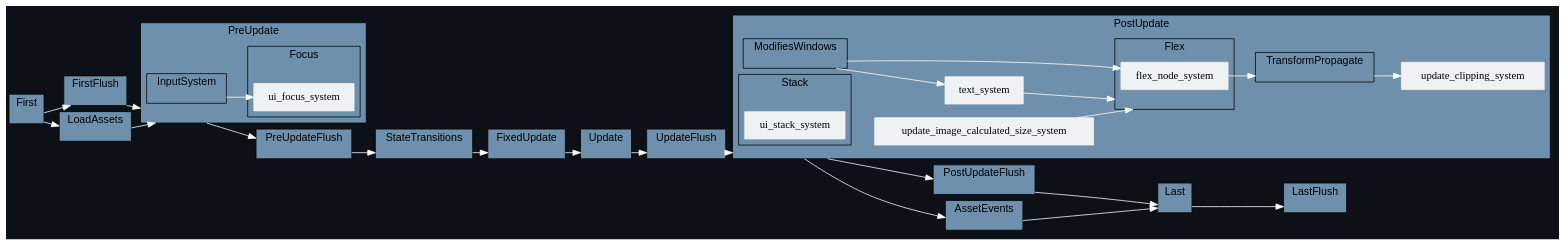
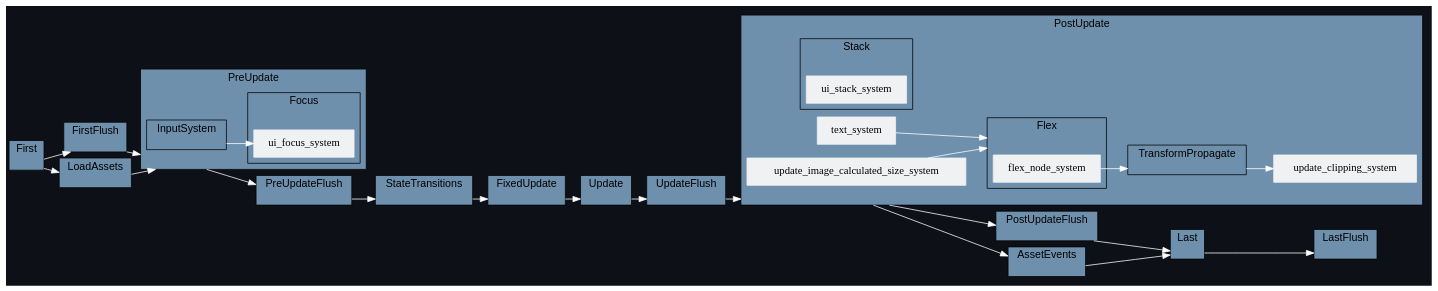
Before and after one commit to jakobhellermann/bevy_mod_debugdump: the diagram in docs/by-crate/dark/schedule_Main_bevy_ui.dot, drawn with Graphviz. The commit also changed 35 other files, not shown here.

```diff
--- a/docs/by-crate/dark/schedule_Main_bevy_ui.dot
+++ b/docs/by-crate/dark/schedule_Main_bevy_ui.dot
@@ -1,157 +1,149 @@
 digraph "schedule" {
 	"compound"="true";
 	"splines"="spline";
 	"rankdir"="LR";
 	"bgcolor"="#0d1117";
 	"fontname"="Helvetica";
 	node ["shape"="box", "style"="filled", "fillcolor"="#eff1f3", "color"="#eff1f3"];
 	edge ["color"="white"];
 	subgraph "clusternode_Set(0)" {
 		"label"="Update";
 		"bgcolor"="#6f90ad";
 		"set_marker_node_Set(0)" ["style"="invis", "label"="", "height"="0", "shape"="point"]
 	}
 	
 	subgraph "clusternode_Set(2)" {
 		"label"="FirstFlush";
 		"bgcolor"="#6f90ad";
 		"set_marker_node_Set(2)" ["style"="invis", "label"="", "height"="0", "shape"="point"]
 	}
 	
 	subgraph "clusternode_Set(3)" {
 		"label"="PreUpdateFlush";
 		"bgcolor"="#6f90ad";
 		"set_marker_node_Set(3)" ["style"="invis", "label"="", "height"="0", "shape"="point"]
 	}
 	
 	subgraph "clusternode_Set(4)" {
 		"label"="UpdateFlush";
 		"bgcolor"="#6f90ad";
 		"set_marker_node_Set(4)" ["style"="invis", "label"="", "height"="0", "shape"="point"]
 	}
 	
 	subgraph "clusternode_Set(5)" {
 		"label"="PostUpdateFlush";
 		"bgcolor"="#6f90ad";
 		"set_marker_node_Set(5)" ["style"="invis", "label"="", "height"="0", "shape"="point"]
 	}
 	
 	subgraph "clusternode_Set(6)" {
 		"label"="LastFlush";
 		"bgcolor"="#6f90ad";
 		"set_marker_node_Set(6)" ["style"="invis", "label"="", "height"="0", "shape"="point"]
 	}
 	
 	subgraph "clusternode_Set(7)" {
 		"label"="First";
 		"bgcolor"="#6f90ad";
 		"set_marker_node_Set(7)" ["style"="invis", "label"="", "height"="0", "shape"="point"]
 	}
 	
 	subgraph "clusternode_Set(8)" {
 		"label"="PreUpdate";
 		"bgcolor"="#6f90ad";
 		"set_marker_node_Set(8)" ["style"="invis", "label"="", "height"="0", "shape"="point"]
 		subgraph "clusternode_Set(24)" {
 			"label"="InputSystem";
 			"bgcolor"="#6f90ad";
 			"set_marker_node_Set(24)" ["style"="invis", "label"="", "height"="0", "shape"="point"]
 		}
 		
-		subgraph "clusternode_Set(116)" {
+		subgraph "clusternode_Set(115)" {
 			"label"="Focus";
 			"bgcolor"="#6f90ad";
-			"set_marker_node_Set(116)" ["style"="invis", "label"="", "height"="0", "shape"="point"]
+			"set_marker_node_Set(115)" ["style"="invis", "label"="", "height"="0", "shape"="point"]
 			"node_System(95)" ["label"="ui_focus_system"]
 		}
 		
 	}
 	
 	subgraph "clusternode_Set(9)" {
 		"label"="StateTransitions";
 		"bgcolor"="#6f90ad";
 		"set_marker_node_Set(9)" ["style"="invis", "label"="", "height"="0", "shape"="point"]
 	}
 	
 	subgraph "clusternode_Set(10)" {
 		"label"="FixedUpdate";
 		"bgcolor"="#6f90ad";
 		"set_marker_node_Set(10)" ["style"="invis", "label"="", "height"="0", "shape"="point"]
 	}
 	
 	subgraph "clusternode_Set(11)" {
 		"label"="PostUpdate";
 		"bgcolor"="#6f90ad";
 		"set_marker_node_Set(11)" ["style"="invis", "label"="", "height"="0", "shape"="point"]
 		subgraph "clusternode_Set(20)" {
 			"label"="TransformPropagate";
 			"bgcolor"="#6f90ad";
 			"set_marker_node_Set(20)" ["style"="invis", "label"="", "height"="0", "shape"="point"]
 		}
 		
-		subgraph "clusternode_Set(70)" {
-			"label"="ModifiesWindows";
+		subgraph "clusternode_Set(116)" {
+			"label"="Flex";
 			"bgcolor"="#6f90ad";
-			"set_marker_node_Set(70)" ["style"="invis", "label"="", "height"="0", "shape"="point"]
+			"set_marker_node_Set(116)" ["style"="invis", "label"="", "height"="0", "shape"="point"]
+			"node_System(98)" ["label"="flex_node_system"]
 		}
 		
 		subgraph "clusternode_Set(117)" {
-			"label"="Flex";
+			"label"="Stack";
 			"bgcolor"="#6f90ad";
 			"set_marker_node_Set(117)" ["style"="invis", "label"="", "height"="0", "shape"="point"]
-			"node_System(98)" ["label"="flex_node_system"]
-		}
-		
-		subgraph "clusternode_Set(118)" {
-			"label"="Stack";
-			"bgcolor"="#6f90ad";
-			"set_marker_node_Set(118)" ["style"="invis", "label"="", "height"="0", "shape"="point"]
 			"node_System(99)" ["label"="ui_stack_system"]
 		}
 		
 		"node_System(96)" ["label"="text_system"]
 		"node_System(97)" ["label"="update_image_calculated_size_system"]
 		"node_System(100)" ["label"="update_clipping_system"]
 	}
 	
 	subgraph "clusternode_Set(12)" {
 		"label"="Last";
 		"bgcolor"="#6f90ad";
 		"set_marker_node_Set(12)" ["style"="invis", "label"="", "height"="0", "shape"="point"]
 	}
 	
 	subgraph "clusternode_Set(58)" {
 		"label"="LoadAssets";
 		"bgcolor"="#6f90ad";
 		"set_marker_node_Set(58)" ["style"="invis", "label"="", "height"="0", "shape"="point"]
 	}
 	
 	subgraph "clusternode_Set(59)" {
 		"label"="AssetEvents";
 		"bgcolor"="#6f90ad";
 		"set_marker_node_Set(59)" ["style"="invis", "label"="", "height"="0", "shape"="point"]
 	}
 	
 	"set_marker_node_Set(7)" -> "set_marker_node_Set(2)" ["lhead"="clusternode_Set(2)", "ltail"="clusternode_Set(7)"]
 	"set_marker_node_Set(2)" -> "set_marker_node_Set(8)" ["lhead"="clusternode_Set(8)", "ltail"="clusternode_Set(2)"]
 	"set_marker_node_Set(8)" -> "set_marker_node_Set(3)" ["lhead"="clusternode_Set(3)", "ltail"="clusternode_Set(8)"]
 	"set_marker_node_Set(3)" -> "set_marker_node_Set(9)" ["lhead"="clusternode_Set(9)", "ltail"="clusternode_Set(3)"]
 	"set_marker_node_Set(9)" -> "set_marker_node_Set(10)" ["lhead"="clusternode_Set(10)", "ltail"="clusternode_Set(9)"]
 	"set_marker_node_Set(10)" -> "set_marker_node_Set(0)" ["lhead"="clusternode_Set(0)", "ltail"="clusternode_Set(10)"]
 	"set_marker_node_Set(0)" -> "set_marker_node_Set(4)" ["lhead"="clusternode_Set(4)", "ltail"="clusternode_Set(0)"]
 	"set_marker_node_Set(4)" -> "set_marker_node_Set(11)" ["lhead"="clusternode_Set(11)", "ltail"="clusternode_Set(4)"]
 	"set_marker_node_Set(11)" -> "set_marker_node_Set(5)" ["lhead"="clusternode_Set(5)", "ltail"="clusternode_Set(11)"]
 	"set_marker_node_Set(5)" -> "set_marker_node_Set(12)" ["lhead"="clusternode_Set(12)", "ltail"="clusternode_Set(5)"]
 	"set_marker_node_Set(12)" -> "set_marker_node_Set(6)" ["lhead"="clusternode_Set(6)", "ltail"="clusternode_Set(12)"]
 	"set_marker_node_Set(58)" -> "set_marker_node_Set(8)" ["lhead"="clusternode_Set(8)", "ltail"="clusternode_Set(58)"]
 	"set_marker_node_Set(7)" -> "set_marker_node_Set(58)" ["lhead"="clusternode_Set(58)", "ltail"="clusternode_Set(7)"]
 	"set_marker_node_Set(11)" -> "set_marker_node_Set(59)" ["lhead"="clusternode_Set(59)", "ltail"="clusternode_Set(11)"]
 	"set_marker_node_Set(59)" -> "set_marker_node_Set(12)" ["lhead"="clusternode_Set(12)", "ltail"="clusternode_Set(59)"]
 	"set_marker_node_Set(24)" -> "node_System(95)" ["lhead"="", "ltail"="clusternode_Set(24)"]
-	"node_System(96)" -> "set_marker_node_Set(117)" ["lhead"="clusternode_Set(117)", "ltail"=""]
-	"set_marker_node_Set(70)" -> "node_System(96)" ["lhead"="", "ltail"="clusternode_Set(70)"]
-	"node_System(97)" -> "set_marker_node_Set(117)" ["lhead"="clusternode_Set(117)", "ltail"=""]
+	"node_System(96)" -> "set_marker_node_Set(116)" ["lhead"="clusternode_Set(116)", "ltail"=""]
+	"node_System(97)" -> "set_marker_node_Set(116)" ["lhead"="clusternode_Set(116)", "ltail"=""]
 	"node_System(98)" -> "set_marker_node_Set(20)" ["lhead"="clusternode_Set(20)", "ltail"=""]
-	"set_marker_node_Set(70)" -> "node_System(98)" ["lhead"="", "ltail"="clusternode_Set(70)"]
 	"set_marker_node_Set(20)" -> "node_System(100)" ["lhead"="", "ltail"="clusternode_Set(20)"]
 }
```
